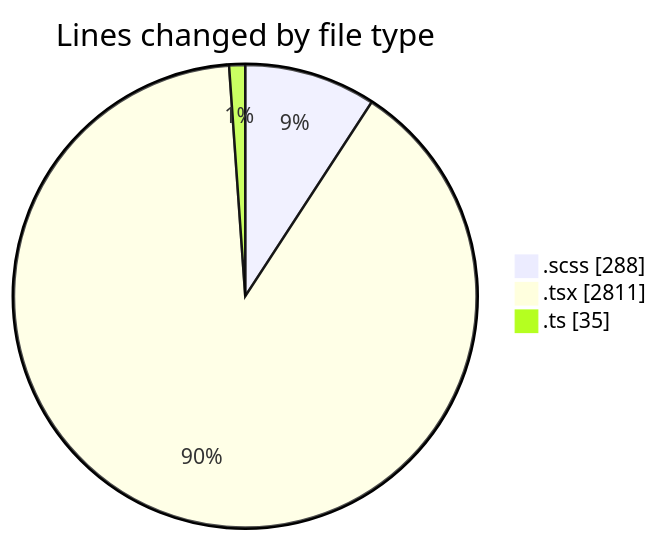
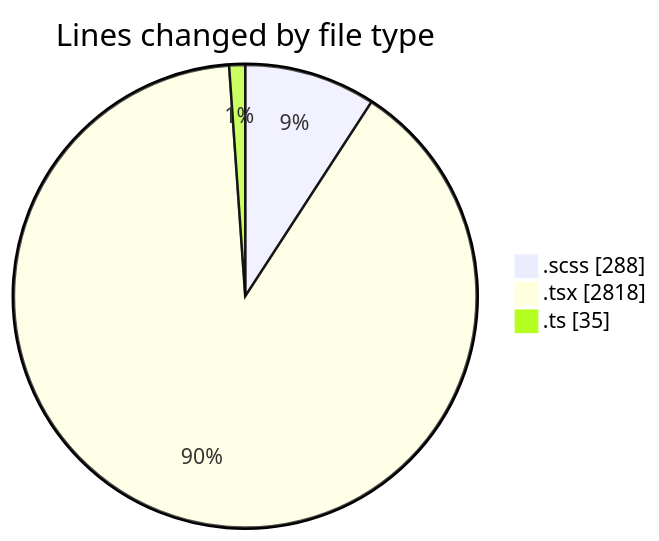
Before and after one commit to momahboobian/code-tracking: the first of 2 diagrams in 2025-02-10/cda/README.md, drawn with Mermaid. The commit also changed other lines of this file and 1 other file, not shown here.

````diff
--- a/2025-02-10/cda/README.md
+++ b/2025-02-10/cda/README.md
@@ -25,7 +25,7 @@
 ```mermaid
 pie showData
 title Lines changed by file type
 ".scss" : 288
-".tsx" : 2811
+".tsx" : 2818
 ".ts" : 35
 ```
````
